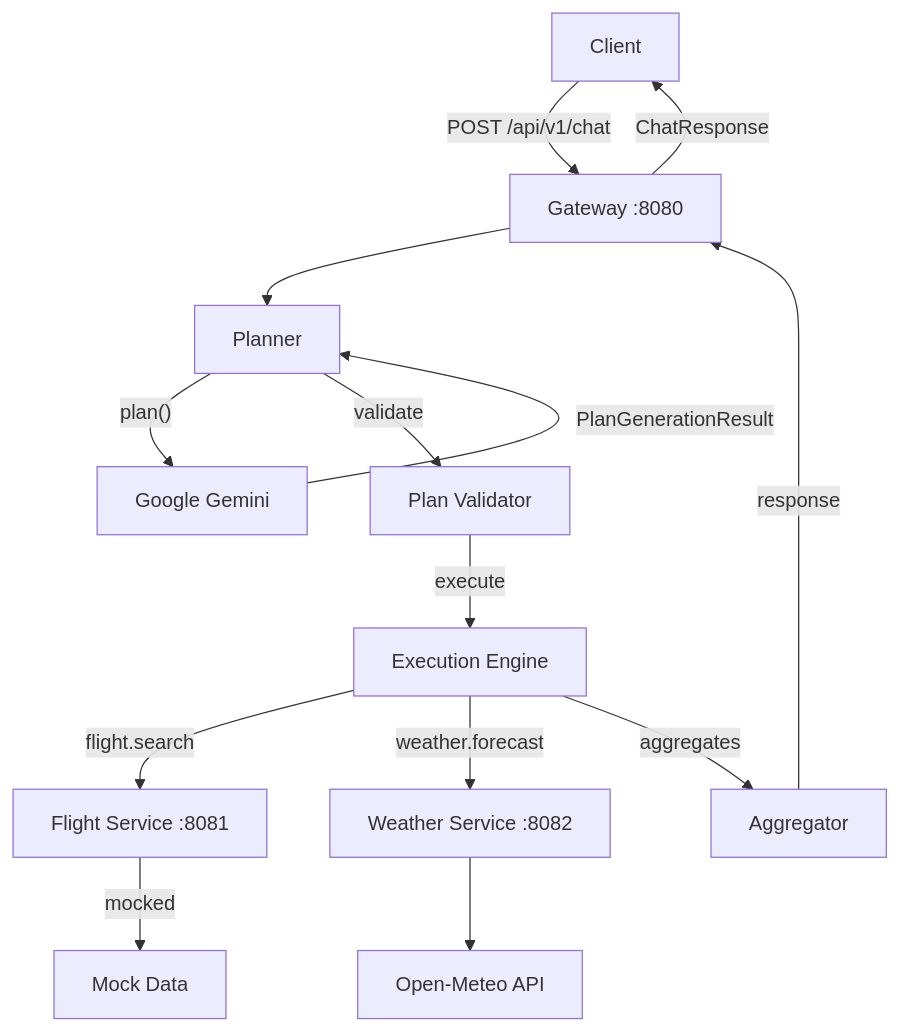
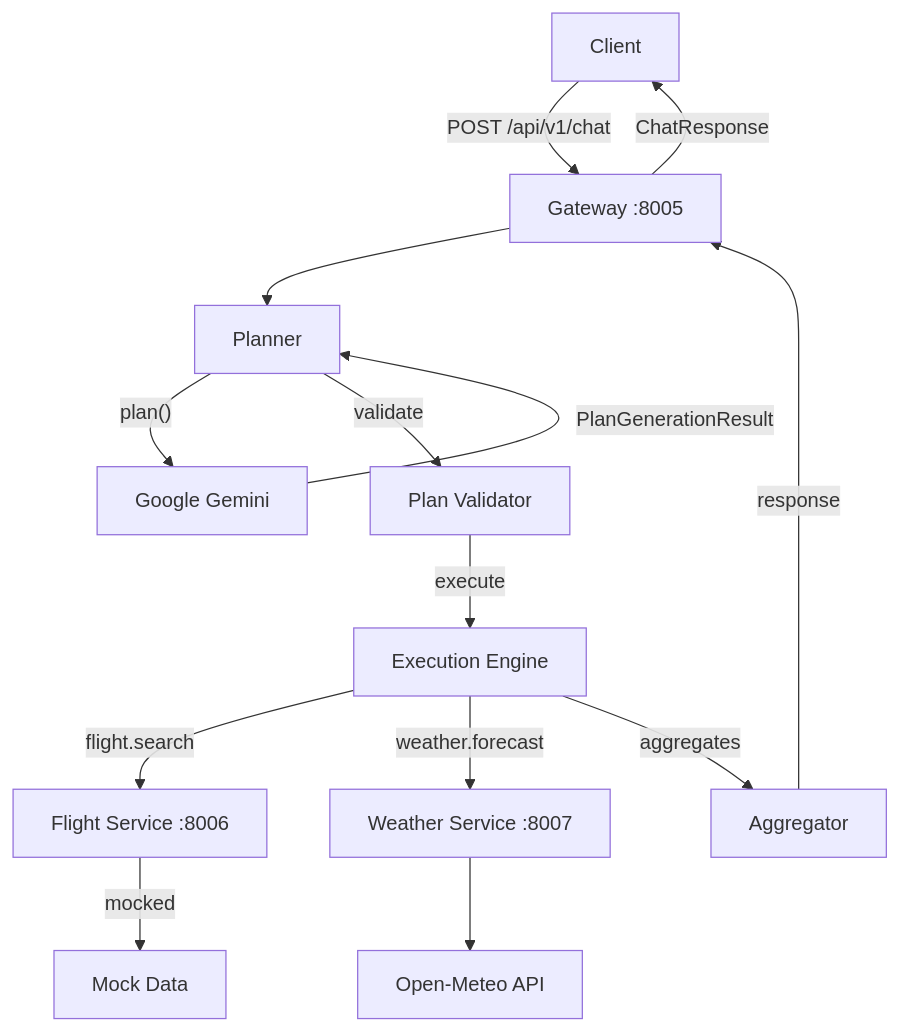
One commit to abhim8/ai-orchestration-platform changed the first of 2 diagrams in README.md. Above: the diagram before and after it, drawn with Mermaid. The commit also changed other lines of this file and 7 other files, not shown here.

````diff
--- a/README.md
+++ b/README.md
@@ -7,29 +7,29 @@
 ```mermaid
 graph TB
     Client["Client"]
-    Gateway["Gateway :8080"]
+    Gateway["Gateway :8005"]
     Planner["Planner"]
     Gemini["Google Gemini"]
     Validator["Plan Validator"]
     Engine["Execution Engine"]
     Aggregator["Aggregator"]
-    Flight["Flight Service :8081"]
-    Weather["Weather Service :8082"]
+    Flight["Flight Service :8006"]
+    Weather["Weather Service :8007"]
     OpenMeteo["Open-Meteo API"]
     Mock["Mock Data"]
 
     Client -->|POST /api/v1/chat| Gateway
     Gateway --> Planner
     Planner -->|"plan()"| Gemini
     Gemini -->|PlanGenerationResult| Planner
     Planner -->|validate| Validator
     Validator -->|execute| Engine
     Engine -->|flight.search| Flight
     Engine -->|weather.forecast| Weather
     Engine -->|aggregates| Aggregator
     Flight -->|mocked| Mock
     Weather --> OpenMeteo
     Aggregator -->|response| Gateway
     Gateway -->|ChatResponse| Client
 
 ```
````
